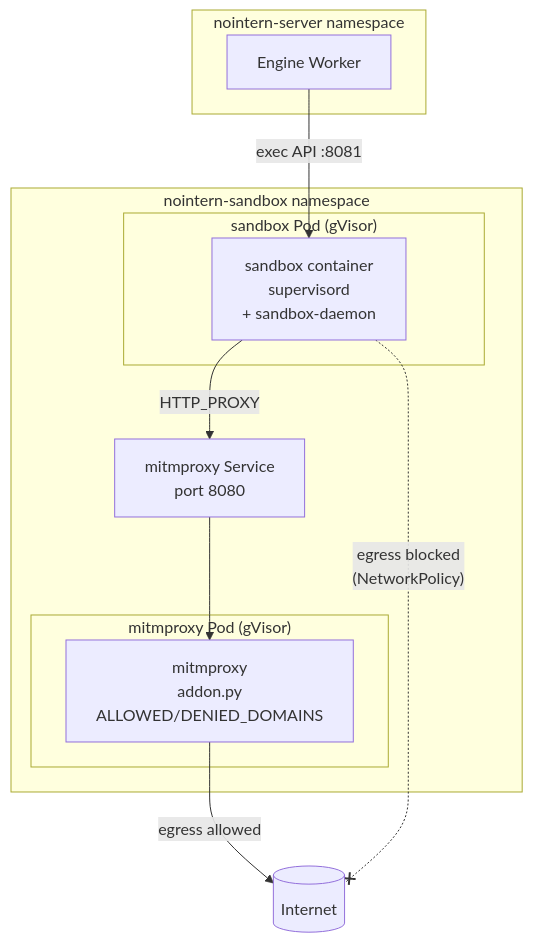
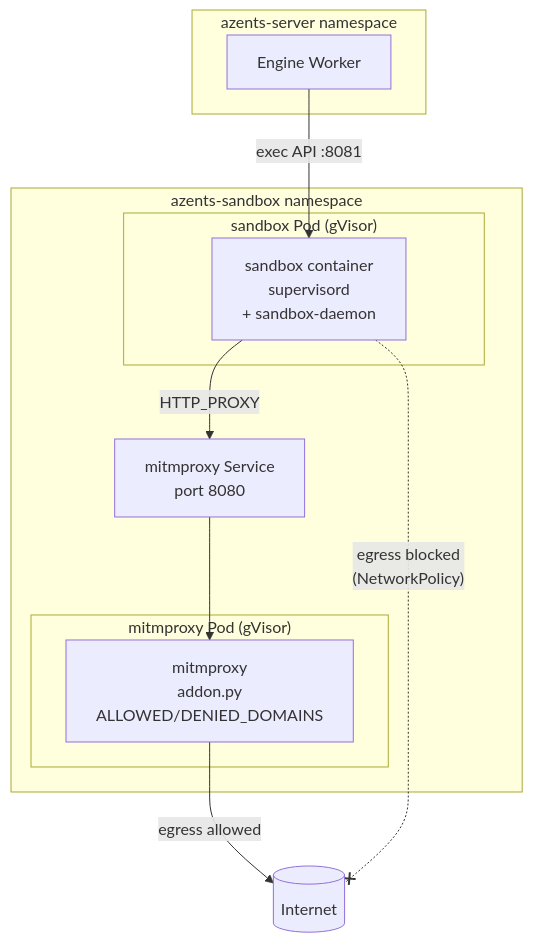
The first of 2 diagrams in docs/azents/design/gvisor-260403-gvisor-byoc-sandbox.md (azents/azents), drawn with Mermaid before and after one commit. The commit also changed other lines of this file and 245 other files, not shown here.

````diff
--- a/docs/azents/design/gvisor-260403-gvisor-byoc-sandbox.md
+++ b/docs/azents/design/gvisor-260403-gvisor-byoc-sandbox.md
@@ -52,27 +52,27 @@
 ```mermaid
 graph TB
-    subgraph "nointern-sandbox namespace"
+    subgraph "azents-sandbox namespace"
         subgraph "sandbox Pod (gVisor)"
             SB[sandbox container
 supervisord
 + sandbox-daemon]
         end
         subgraph "mitmproxy Pod (gVisor)"
             MP[mitmproxy
 addon.py
 ALLOWED/DENIED_DOMAINS]
         end
         SVC[mitmproxy Service
 port 8080]
     end
-    subgraph "nointern-server namespace"
+    subgraph "azents-server namespace"
         WK[Engine Worker]
     end
 
     WK -->|exec API :8081| SB
     SB -->|HTTP_PROXY| SVC
     SVC --> MP
     MP -->|egress allowed| Internet[(Internet)]
     SB -. "egress blocked
 (NetworkPolicy)" .-x Internet
 ```
````
